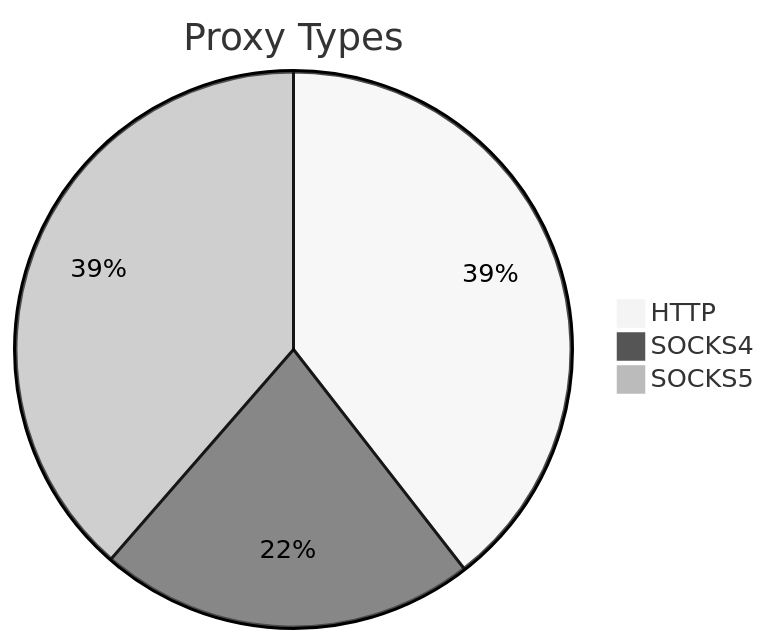
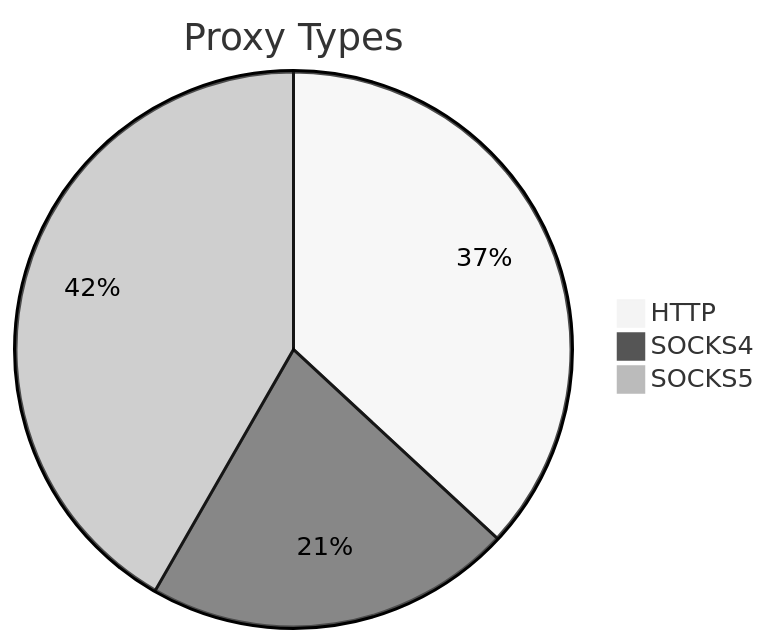
The first of 2 diagrams in README.md (stormsia/proxy-list), drawn with Mermaid (neutral theme) before and after one commit. The commit also changed other lines of this file, not shown here.

````diff
--- a/README.md
+++ b/README.md
@@ -21,6 +21,6 @@
 ```mermaid
 pie title Proxy Types
-    "HTTP" : 45
-    "SOCKS4" : 25
-    "SOCKS5" : 44
+    "HTTP" : 69
+    "SOCKS4" : 40
+    "SOCKS5" : 78
 ```
````
